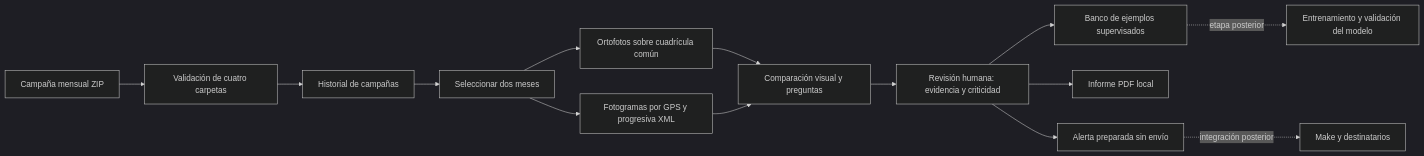
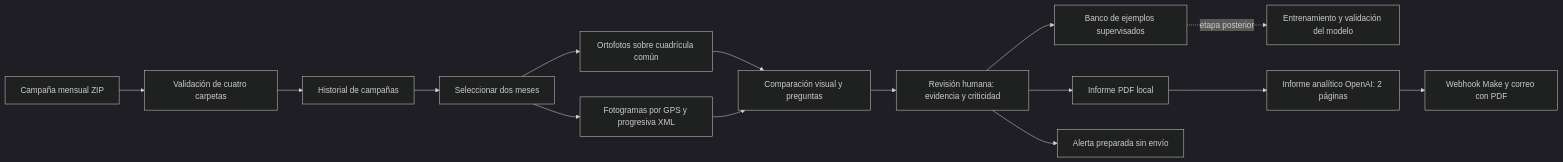
One commit to Alergic7/HIDRO-VISION-IA changed the diagram in hidro-vision-ai-lite/ARQUITECTURA.md. Above: the diagram before and after it, drawn with Mermaid (dark theme). The commit also changed other lines of this file and 22 other files, not shown here.

Commit message:
Integrar informes analíticos OpenAI de dos páginas y envío PDF mediante Make

````diff
--- a/hidro-vision-ai-lite/ARQUITECTURA.md
+++ b/hidro-vision-ai-lite/ARQUITECTURA.md
@@ -3,16 +3,17 @@
 ```mermaid
 flowchart LR
     A[Campaña mensual ZIP] --> B[Validación de cuatro carpetas]
     B --> C[Historial de campañas]
     C --> D[Seleccionar dos meses]
     D --> E[Ortofotos sobre cuadrícula común]
     D --> F[Fotogramas por GPS y progresiva XML]
     E --> G[Comparación visual y preguntas]
     F --> G
     G --> H[Revisión humana: evidencia y criticidad]
     H --> I[Banco de ejemplos supervisados]
     H --> J[Informe PDF local]
     H --> K[Alerta preparada sin envío]
     I -. etapa posterior .-> L[Entrenamiento y validación del modelo]
-    K -. integración posterior .-> M[Make y destinatarios]
+    J --> N[Informe analítico OpenAI: 2 páginas]
+    N --> M[Webhook Make y correo con PDF]
 ```
````
